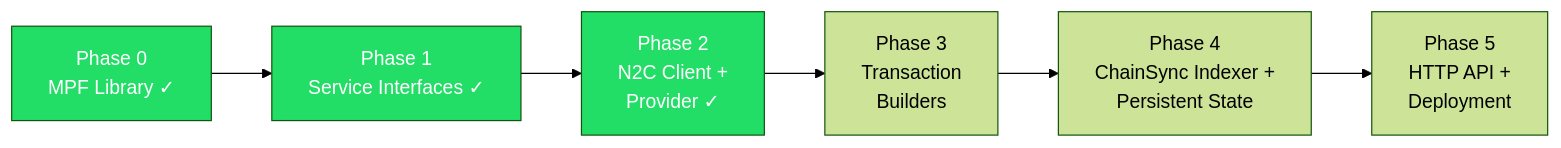
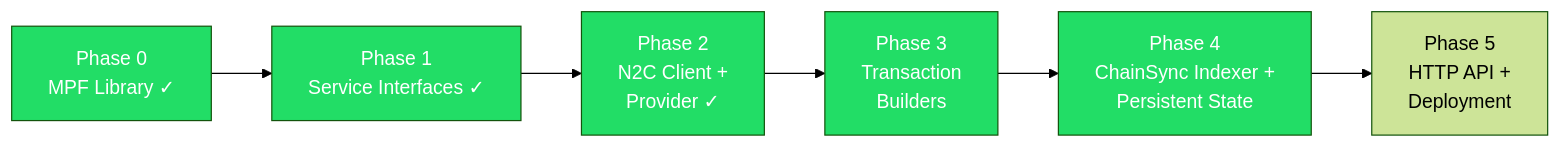
One commit to paolino/haskell-mpf changed the fifth of 5 diagrams in docs/architecture/overview.md. Above: the diagram before and after it, drawn with Mermaid (forest theme). The commit also changed other lines of this file and 61 other files, not shown here.

````diff
--- a/docs/architecture/overview.md
+++ b/docs/architecture/overview.md
@@ -113,15 +259,17 @@
 ```mermaid
 graph LR
     P0["Phase 0<br/>MPF Library ✓"]
     P1["Phase 1<br/>Service Interfaces ✓"]
     P2["Phase 2<br/>N2C Client +<br/>Provider ✓"]
     P3["Phase 3<br/>Transaction<br/>Builders"]
     P4["Phase 4<br/>ChainSync Indexer +<br/>Persistent State"]
     P5["Phase 5<br/>HTTP API +<br/>Deployment"]
 
     P0 --> P1 --> P2 --> P3 --> P4 --> P5
 
     style P0 fill:#2d6,color:#fff
     style P1 fill:#2d6,color:#fff
     style P2 fill:#2d6,color:#fff
+    style P3 fill:#2d6,color:#fff
+    style P4 fill:#2d6,color:#fff
 ```
````
